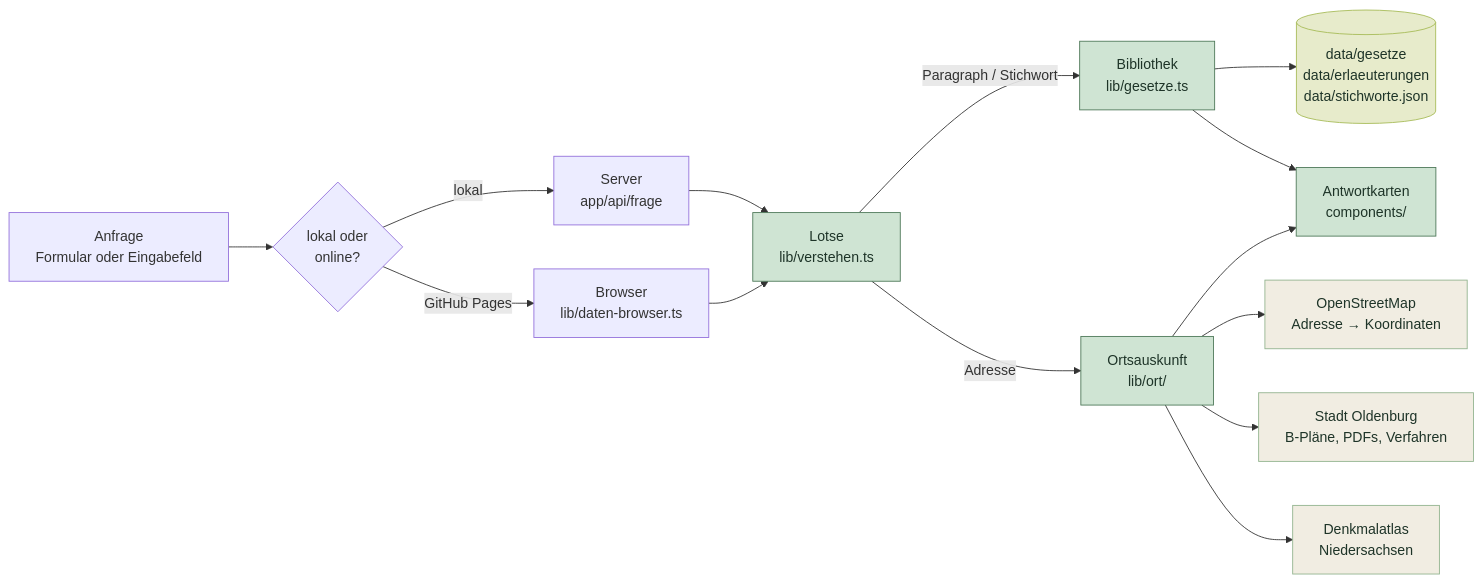
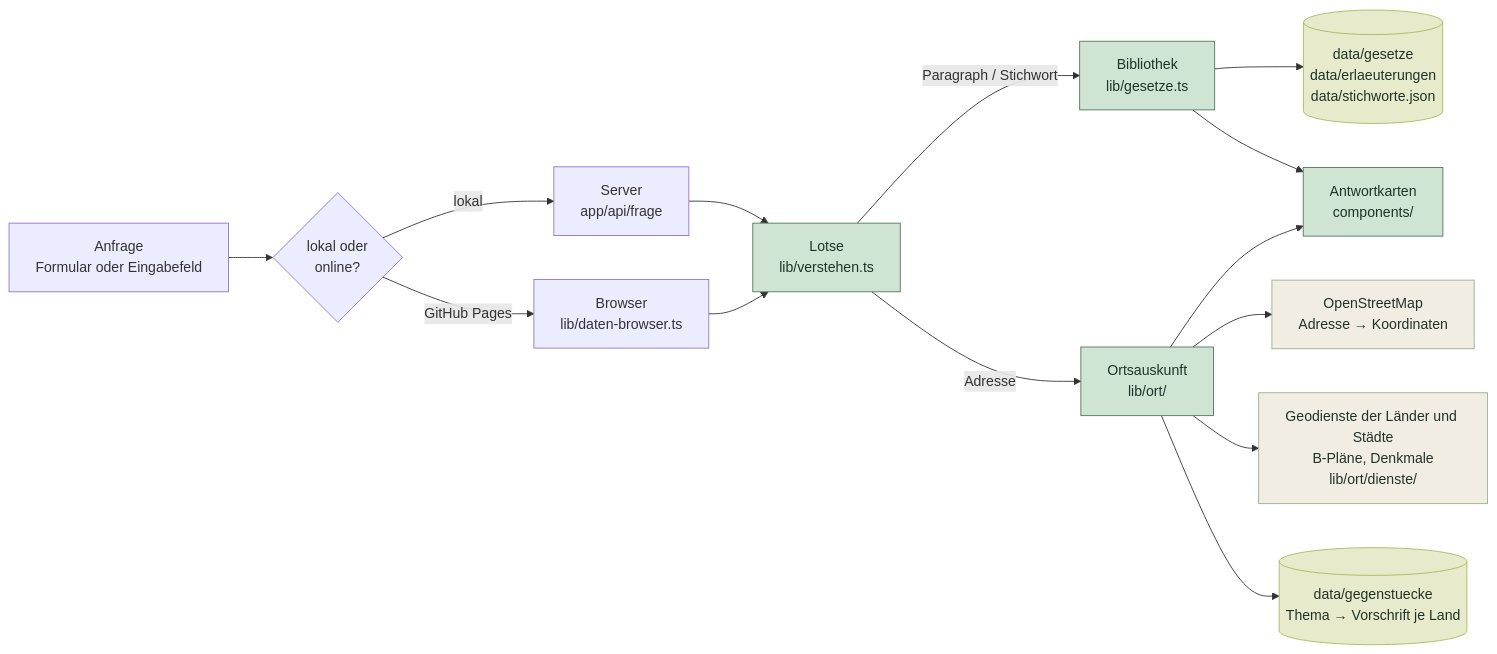
The diagram in README.md (Jade-HS-Vibecoding-WPK/Bau-Normen), drawn with Mermaid before and after one commit. The commit also changed other lines of this file and 73 other files, not shown here.

````diff
--- a/README.md
+++ b/README.md
@@ -216,22 +218,22 @@
 ```mermaid
 flowchart LR
   A["Anfrage<br/>Formular oder Eingabefeld"] --> W{"lokal oder<br/>online?"}
   W -->|"lokal"| R["Server<br/>app/api/frage"]
   W -->|"GitHub Pages"| BR["Browser<br/>lib/daten-browser.ts"]
   R --> L["Lotse<br/>lib/verstehen.ts"]
   BR --> L
   L -->|"Paragraph / Stichwort"| B["Bibliothek<br/>lib/gesetze.ts"]
   B --> D[("data/gesetze<br/>data/erlaeuterungen<br/>data/stichworte.json")]
   L -->|"Adresse"| O["Ortsauskunft<br/>lib/ort/"]
   O --> N["OpenStreetMap<br/>Adresse → Koordinaten"]
-  O --> S["Stadt Oldenburg<br/>B-Pläne, PDFs, Verfahren"]
-  O --> M["Denkmalatlas<br/>Niedersachsen"]
+  O --> S["Geodienste der Länder und Städte<br/>B-Pläne, Denkmale<br/>lib/ort/dienste/"]
+  O --> G[("data/gegenstuecke<br/>Thema → Vorschrift je Land")]
   B --> K["Antwortkarten<br/>components/"]
   O --> K
   classDef kern fill:#cfe4d3,stroke:#4d7858,color:#1e3428
   classDef daten fill:#e7ebcb,stroke:#a7bb57,color:#1e3428
   classDef dienst fill:#f1ede2,stroke:#92b38e,color:#1e3428
   class L,B,O,K kern
-  class D daten
-  class N,S,M dienst
+  class D,G daten
+  class N,S dienst
 ```
````
